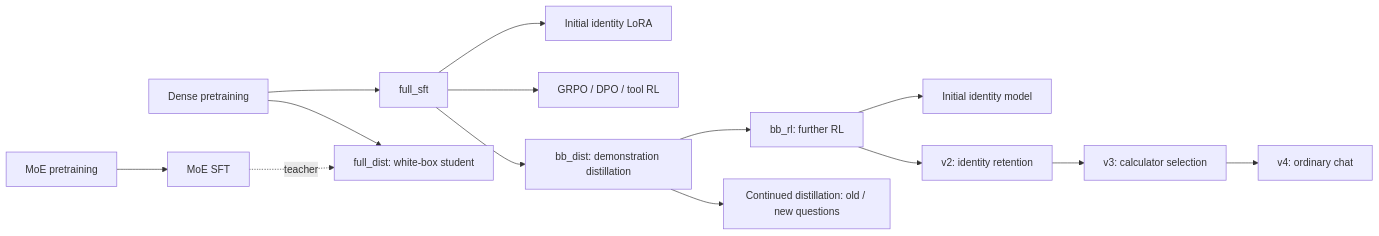
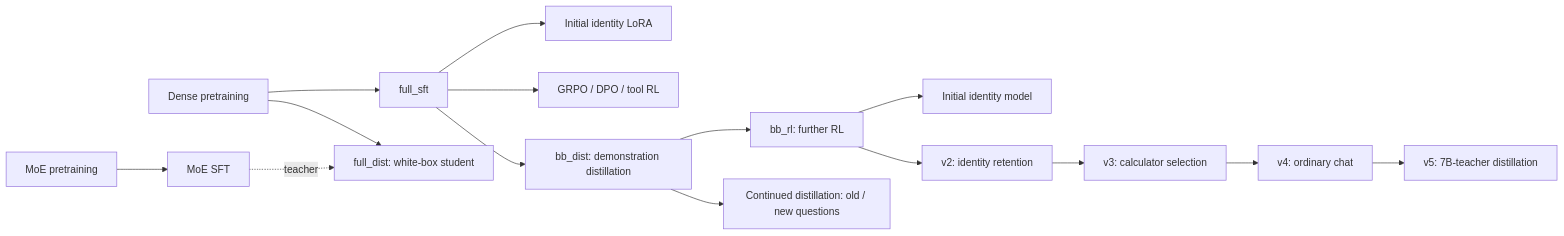
One commit to lyy431/minimind-training-eval changed the diagram in README.md. Above: the diagram before and after it, drawn with Mermaid. The commit also changed other lines of this file and 193 other files, not shown here.

First line of the commit message:
Add the 7B-teacher distillation experiment and v5 results

````diff
--- a/README.md
+++ b/README.md
@@ -178,16 +200,17 @@
 ```mermaid
 flowchart LR
     P[Dense pretraining] --> S[full_sft]
     S --> I[Initial identity LoRA]
     S --> G[GRPO / DPO / tool RL]
     S --> D[bb_dist: demonstration distillation]
     D --> R[bb_rl: further RL]
     D --> C[Continued distillation: old / new questions]
     R --> V1[Initial identity model]
     R --> V2[v2: identity retention]
     V2 --> V3[v3: calculator selection]
     V3 --> V4[v4: ordinary chat]
+    V4 --> V5[v5: 7B-teacher distillation]
     MP[MoE pretraining] --> M[MoE SFT]
     P --> W[full_dist: white-box student]
     M -. teacher .-> W
 ```
````
